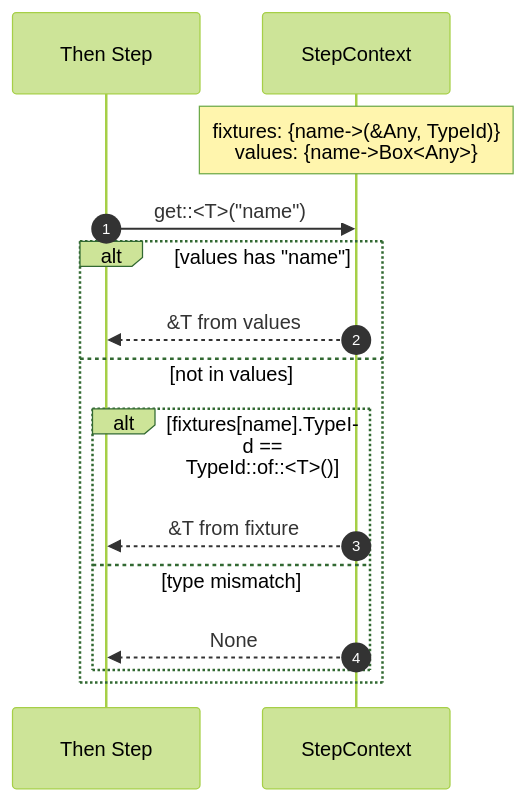
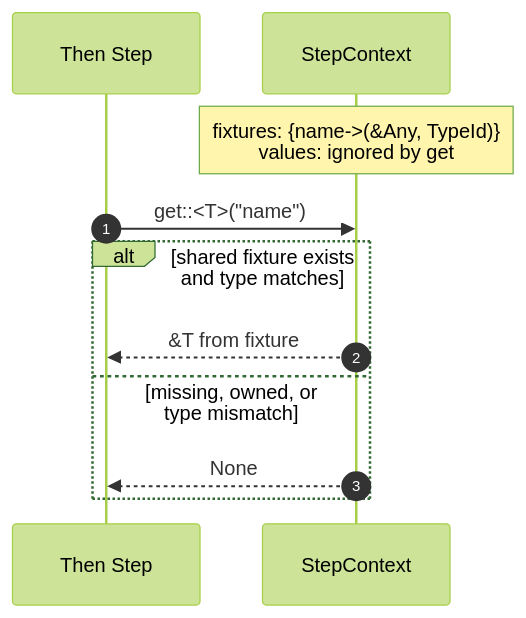
Diagram 19 of 21 in docs/rstest-bdd-design.md (leynos/rstest-bdd), drawn with Mermaid (forest theme) before and after one commit. The commit also changed other lines of this file and 27 other files, not shown here.

````diff
--- a/docs/rstest-bdd-design.md
+++ b/docs/rstest-bdd-design.md
@@ -2879,18 +2886,14 @@
 ```mermaid
 sequenceDiagram
   autonumber
   participant Then as Then Step
   participant Ctx as StepContext
 
-  Note over Ctx: fixtures: {name->(&Any, TypeId)}<br/>values: {name->Box<Any>}
+  Note over Ctx: fixtures: {name->(&Any, TypeId)}<br/>values: ignored by get
   Then->>Ctx: get::<T>("name")
-  alt values has "name"
-    Ctx-->>Then: &T from values
-  else not in values
-    alt fixtures[name].TypeId == TypeId::of::<T>()
-      Ctx-->>Then: &T from fixture
-    else type mismatch
-      Ctx-->>Then: None
-    end
+  alt shared fixture exists and type matches
+    Ctx-->>Then: &T from fixture
+  else missing, owned, or type mismatch
+    Ctx-->>Then: None
   end
 ```
````
